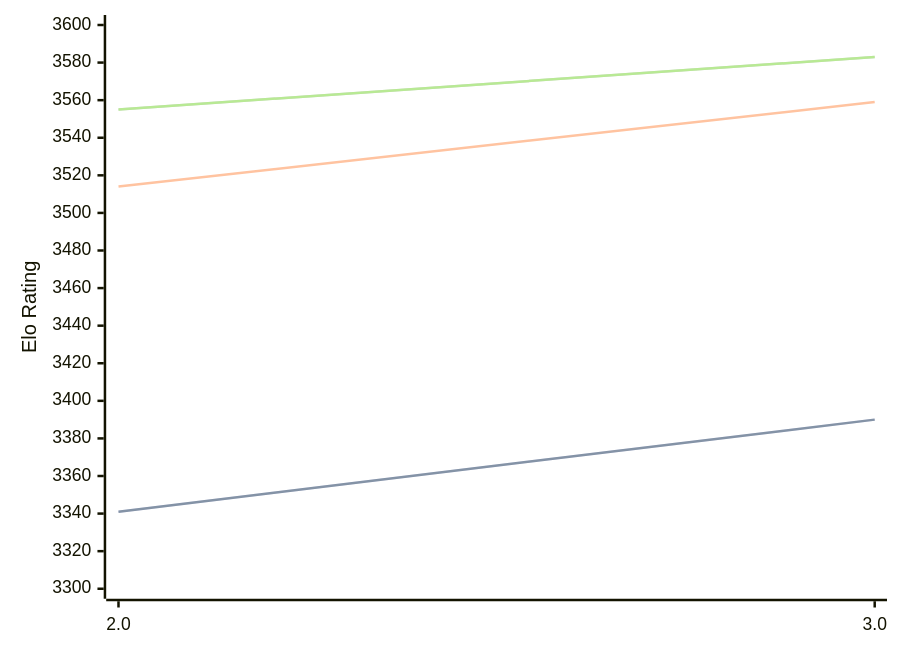
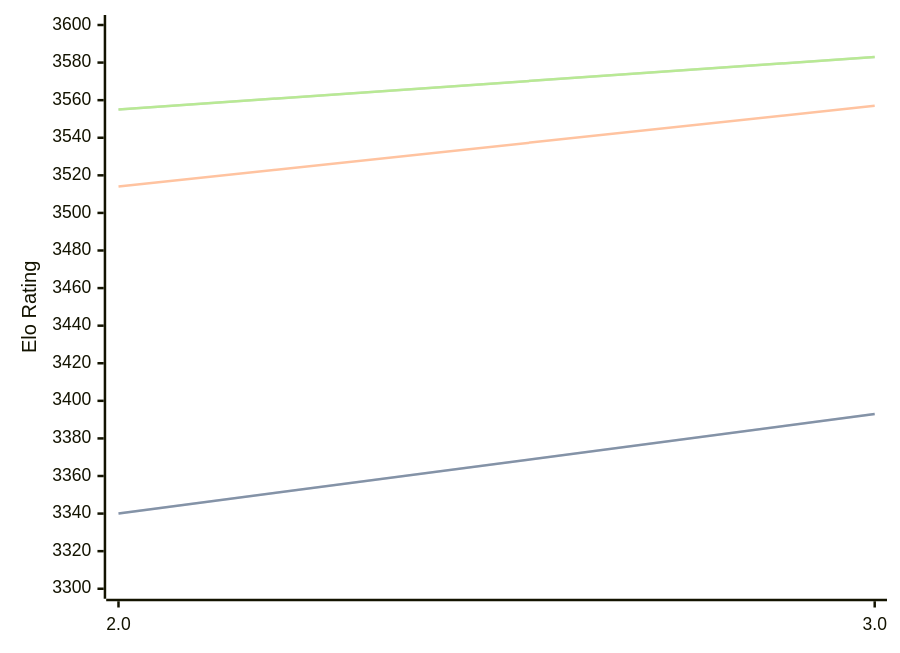
Before and after one commit to computer-chess-index/cci: the diagram in engines/Quanticade.md, drawn with Mermaid. The commit also changed other lines of this file, not shown here.

Commit message:
Update CCI Ratings (ELO VLTC) - 2026-02-28

````diff
--- a/engines/Quanticade.md
+++ b/engines/Quanticade.md
@@ -39,11 +39,11 @@
 ```mermaid
 %%{init: {"theme":"base","themeVariables":{"seriesColors:['#a3a3a3','#222221','#faa371']}}}%%
 xychart-beta
   x-axis ["2.0", "3.0"]
   y-axis "Elo Rating" 3300 --> 3600
-  line "STC (8.0+0.08s)" [3341, 3390]
-  line "STC (8.0+0.08s)" [3341, 3390]
-  line "LTC (60.0+0.60s)" [3514, 3559]
+  line "STC (8.0+0.08s)" [3340, 3393]
+  line "STC (8.0+0.08s)" [3340, 3393]
+  line "LTC (60.0+0.60s)" [3514, 3557]
   line "VLTC (2m24s+1.12s)" [3555, 3583]
   line "VLTC (2m24s+1.12s)" [3555, 3583]
 ```
````
